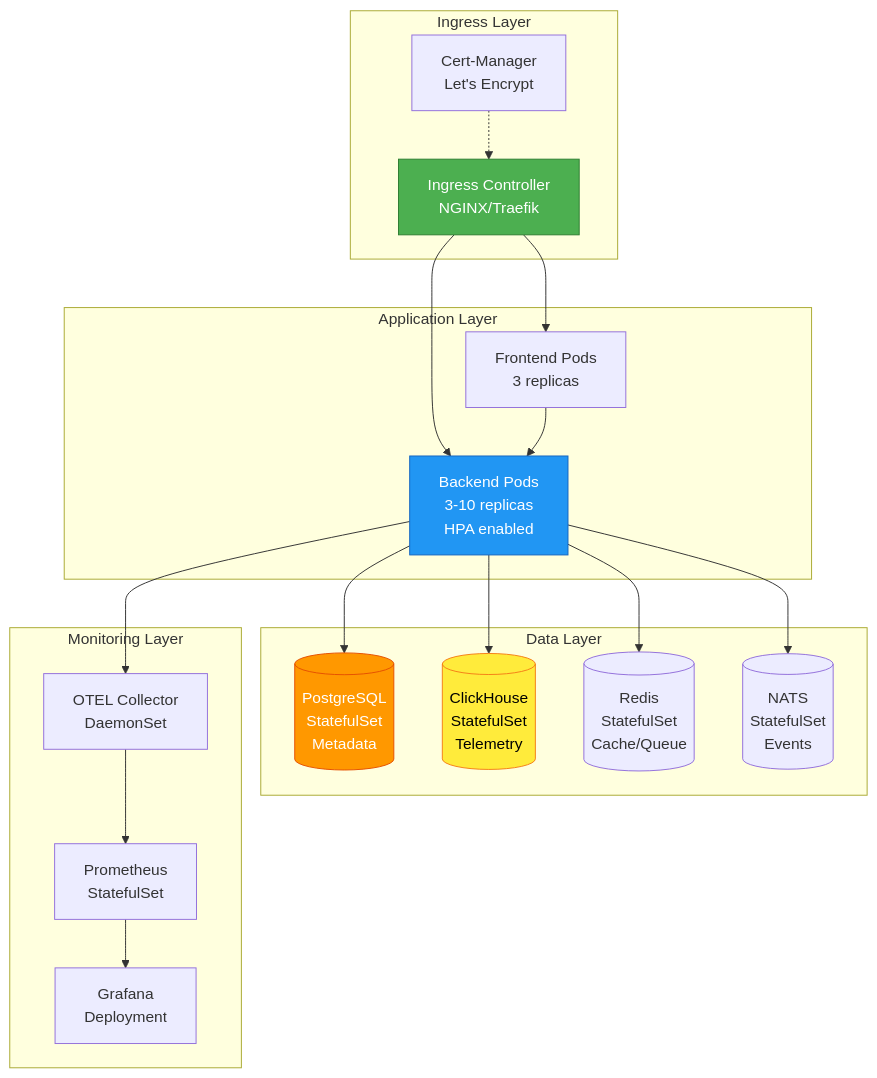
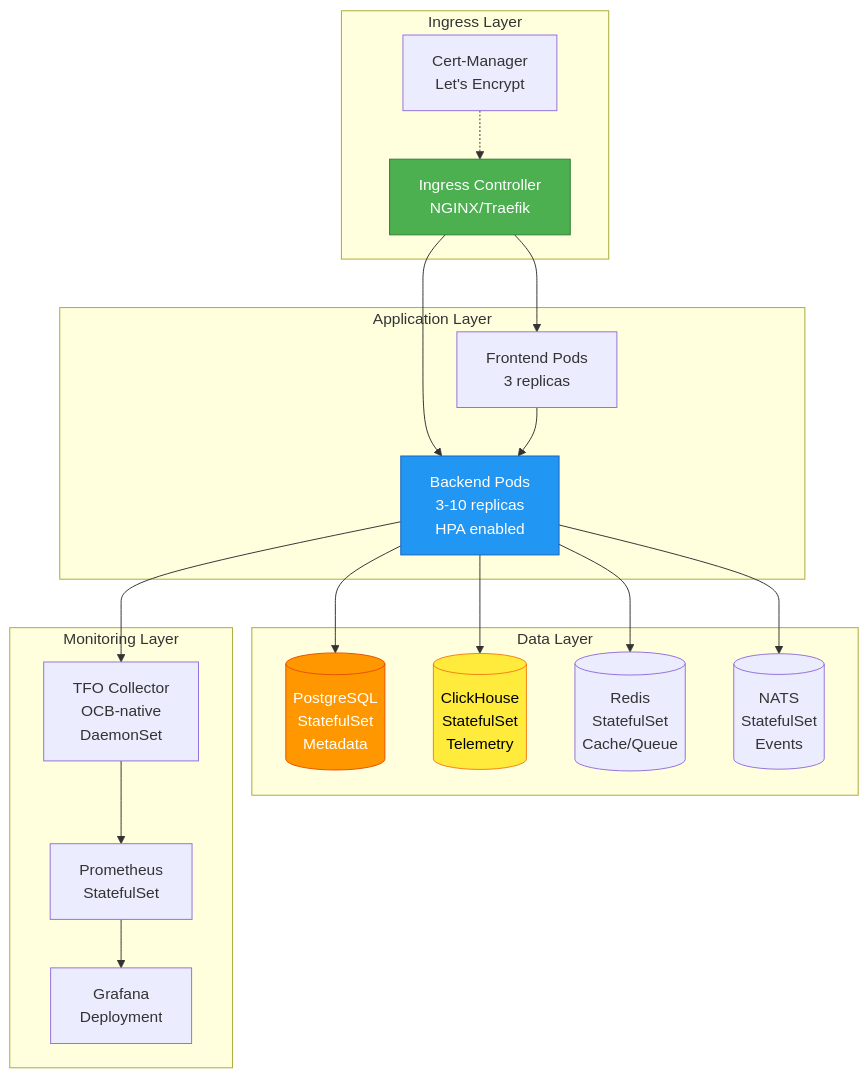
Before and after one commit to telemetryflow/telemetryflow-overview: the first of 2 diagrams in deployment/KUBERNETES.md, drawn with Mermaid. The commit also changed other lines of this file and 68 other files, not shown here.

````diff
--- a/deployment/KUBERNETES.md
+++ b/deployment/KUBERNETES.md
@@ -80,44 +80,44 @@
 ```mermaid
 graph TB
     subgraph "Ingress Layer"
         ING[Ingress Controller<br/>NGINX/Traefik]
         CERT[Cert-Manager<br/>Let's Encrypt]
     end
 
     subgraph "Application Layer"
         FE[Frontend Pods<br/>3 replicas]
         BE[Backend Pods<br/>3-10 replicas<br/>HPA enabled]
     end
 
     subgraph "Data Layer"
         PG[(PostgreSQL<br/>StatefulSet<br/>Metadata)]
         CH[(ClickHouse<br/>StatefulSet<br/>Telemetry)]
         REDIS[(Redis<br/>StatefulSet<br/>Cache/Queue)]
         NATS[(NATS<br/>StatefulSet<br/>Events)]
     end
 
     subgraph "Monitoring Layer"
-        OTEL[OTEL Collector<br/>DaemonSet]
+        OTEL[TFO Collector<br/>OCB-native<br/>DaemonSet]
         PROM[Prometheus<br/>StatefulSet]
         GRAF[Grafana<br/>Deployment]
     end
 
     ING --> FE
     ING --> BE
     CERT -.-> ING
 
     FE --> BE
     BE --> PG
     BE --> CH
     BE --> REDIS
     BE --> NATS
 
     BE --> OTEL
     OTEL --> PROM
     PROM --> GRAF
 
     style ING fill:#4CAF50,stroke:#2E7D32,color:#fff
     style BE fill:#2196F3,stroke:#1565C0,color:#fff
     style PG fill:#FF9800,stroke:#E65100,color:#fff
     style CH fill:#FFEB3B,stroke:#F57F17,color:#000
 ```
````
